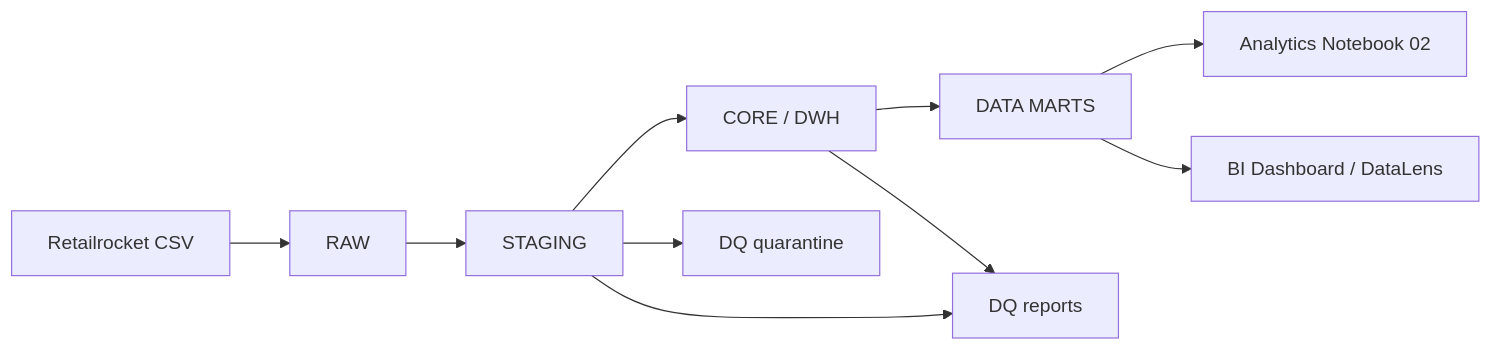
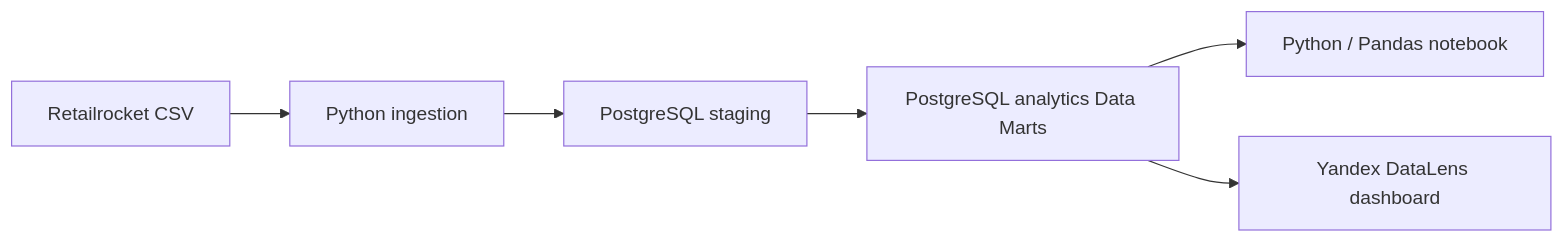
Before and after one commit to whunotexplain/marketplace-product-analytics: the diagram in docs/architecture.md, drawn with Mermaid. The commit also changed other lines of this file, not shown here.

Commit message:
align architecture docs with implemented analytics MVP

````diff
--- a/docs/architecture.md
+++ b/docs/architecture.md
@@ -13,12 +9,8 @@
 ```mermaid
 flowchart LR
-    A["Retailrocket CSV"] --> B["RAW"]
-    B --> C["STAGING"]
-    C --> D["CORE / DWH"]
-    D --> E["DATA MARTS"]
-    E --> F["Analytics Notebook 02"]
-    E --> G["BI Dashboard / DataLens"]
-    C --> Q["DQ quarantine"]
-    C --> R["DQ reports"]
-    D --> R
+    A["Retailrocket CSV"] --> B["Python ingestion"]
+    B --> C["PostgreSQL staging"]
+    C --> D["PostgreSQL analytics Data Marts"]
+    D --> E["Python / Pandas notebook"]
+    D --> F["Yandex DataLens dashboard"]
 ```
````
